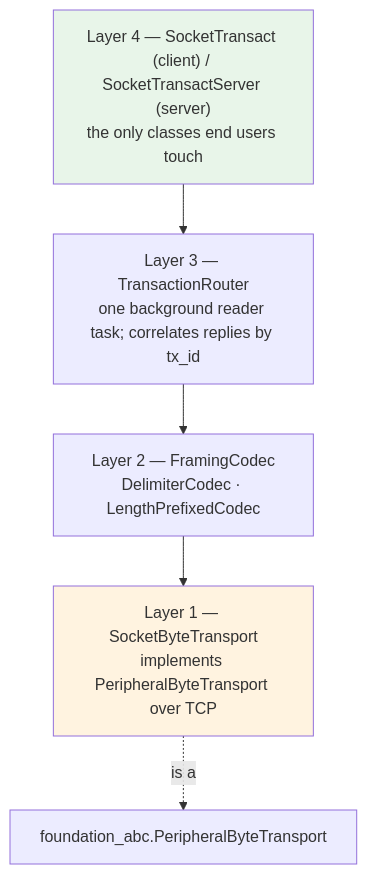
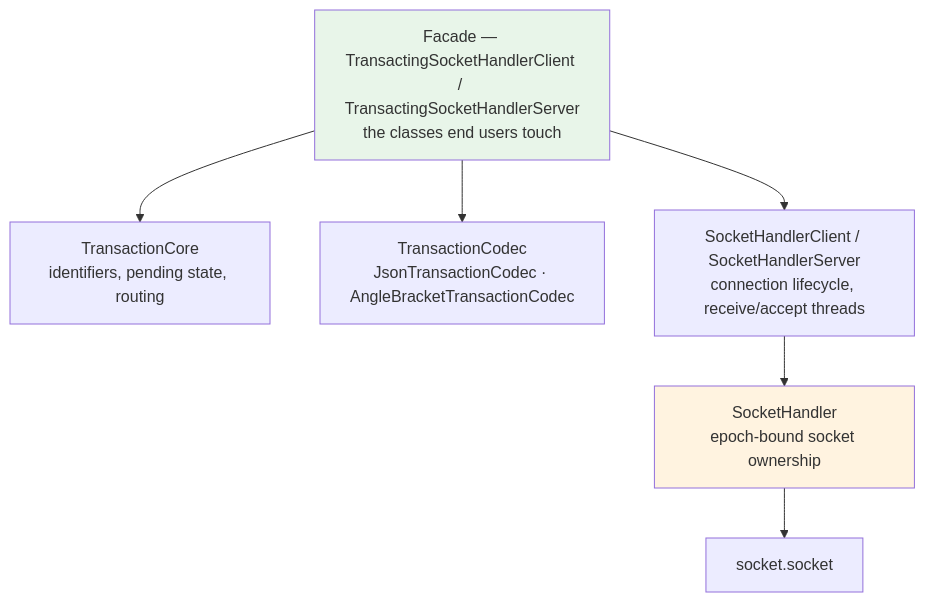
The seventh of 10 diagrams in docs/foundation_tools.md (kopecn/py-foundationTools), drawn with Mermaid before and after one commit. The commit also changed other lines of this file and 432 other files, not shown here.

````diff
--- a/docs/foundation_tools.md
+++ b/docs/foundation_tools.md
@@ -216,13 +216,15 @@
 ```mermaid
 graph TD
-    L4["Layer 4 — SocketTransact (client) / SocketTransactServer (server)<br/>the only classes end users touch"]
-    L3["Layer 3 — TransactionRouter<br/>one background reader task; correlates replies by tx_id"]
-    L2["Layer 2 — FramingCodec<br/>DelimiterCodec · LengthPrefixedCodec"]
-    L1["Layer 1 — SocketByteTransport<br/>implements PeripheralByteTransport over TCP"]
+    L3["Facade — TransactingSocketHandlerClient / TransactingSocketHandlerServer<br/>the classes end users touch"]
+    L2A["TransactionCore<br/>identifiers, pending state, routing"]
+    L2B["TransactionCodec<br/>JsonTransactionCodec · AngleBracketTransactionCodec"]
+    L1["SocketHandlerClient / SocketHandlerServer<br/>connection lifecycle, receive/accept threads"]
+    L0["SocketHandler<br/>epoch-bound socket ownership"]
 
-    L4 --> L3 --> L2 --> L1
-    L1 -.->|is a| PBT["foundation_abc.PeripheralByteTransport"]
+    L3 --> L2A
+    L3 --> L2B
+    L3 --> L1 --> L0 --> SOCK["socket.socket"]
 
-    style L4 fill:#e8f5e9
-    style L1 fill:#fff3e0
+    style L3 fill:#e8f5e9
+    style L0 fill:#fff3e0
 ```
````
